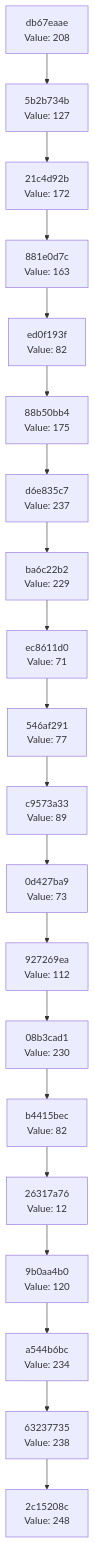
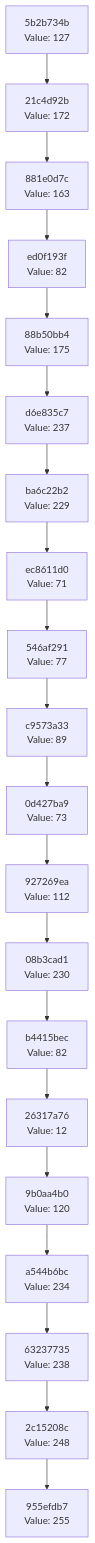
One commit to Abhisheksinha1506/hash-chain-evolver changed the diagram in docs/CHAIN_VISUALIZATION.md. Above: the diagram before and after it, drawn with Mermaid. The commit also changed 2 other files, not shown here.

Commit message:
Evolution step: hash 0xFF → action executed

````diff
--- a/docs/CHAIN_VISUALIZATION.md
+++ b/docs/CHAIN_VISUALIZATION.md
@@ -3,42 +3,42 @@
 ```mermaid
 graph TD
-    C0["2c15208c<br/>Value: 248"]
-    C1["63237735<br/>Value: 238"]
+    C0["955efdb7<br/>Value: 255"]
+    C1["2c15208c<br/>Value: 248"]
     C1 --> C0
-    C2["a544b6bc<br/>Value: 234"]
+    C2["63237735<br/>Value: 238"]
     C2 --> C1
-    C3["9b0aa4b0<br/>Value: 120"]
+    C3["a544b6bc<br/>Value: 234"]
     C3 --> C2
-    C4["26317a76<br/>Value: 12"]
+    C4["9b0aa4b0<br/>Value: 120"]
     C4 --> C3
-    C5["b4415bec<br/>Value: 82"]
+    C5["26317a76<br/>Value: 12"]
     C5 --> C4
-    C6["08b3cad1<br/>Value: 230"]
+    C6["b4415bec<br/>Value: 82"]
     C6 --> C5
-    C7["927269ea<br/>Value: 112"]
+    C7["08b3cad1<br/>Value: 230"]
     C7 --> C6
-    C8["0d427ba9<br/>Value: 73"]
+    C8["927269ea<br/>Value: 112"]
     C8 --> C7
-    C9["c9573a33<br/>Value: 89"]
+    C9["0d427ba9<br/>Value: 73"]
     C9 --> C8
-    C10["546af291<br/>Value: 77"]
+    C10["c9573a33<br/>Value: 89"]
     C10 --> C9
-    C11["ec8611d0<br/>Value: 71"]
+    C11["546af291<br/>Value: 77"]
     C11 --> C10
-    C12["ba6c22b2<br/>Value: 229"]
+    C12["ec8611d0<br/>Value: 71"]
     C12 --> C11
-    C13["d6e835c7<br/>Value: 237"]
+    C13["ba6c22b2<br/>Value: 229"]
     C13 --> C12
-    C14["88b50bb4<br/>Value: 175"]
+    C14["d6e835c7<br/>Value: 237"]
     C14 --> C13
-    C15["ed0f193f<br/>Value: 82"]
+    C15["88b50bb4<br/>Value: 175"]
     C15 --> C14
-    C16["881e0d7c<br/>Value: 163"]
+    C16["ed0f193f<br/>Value: 82"]
     C16 --> C15
-    C17["21c4d92b<br/>Value: 172"]
+    C17["881e0d7c<br/>Value: 163"]
     C17 --> C16
-    C18["5b2b734b<br/>Value: 127"]
+    C18["21c4d92b<br/>Value: 172"]
     C18 --> C17
-    C19["db67eaae<br/>Value: 208"]
+    C19["5b2b734b<br/>Value: 127"]
     C19 --> C18
 ```
````
